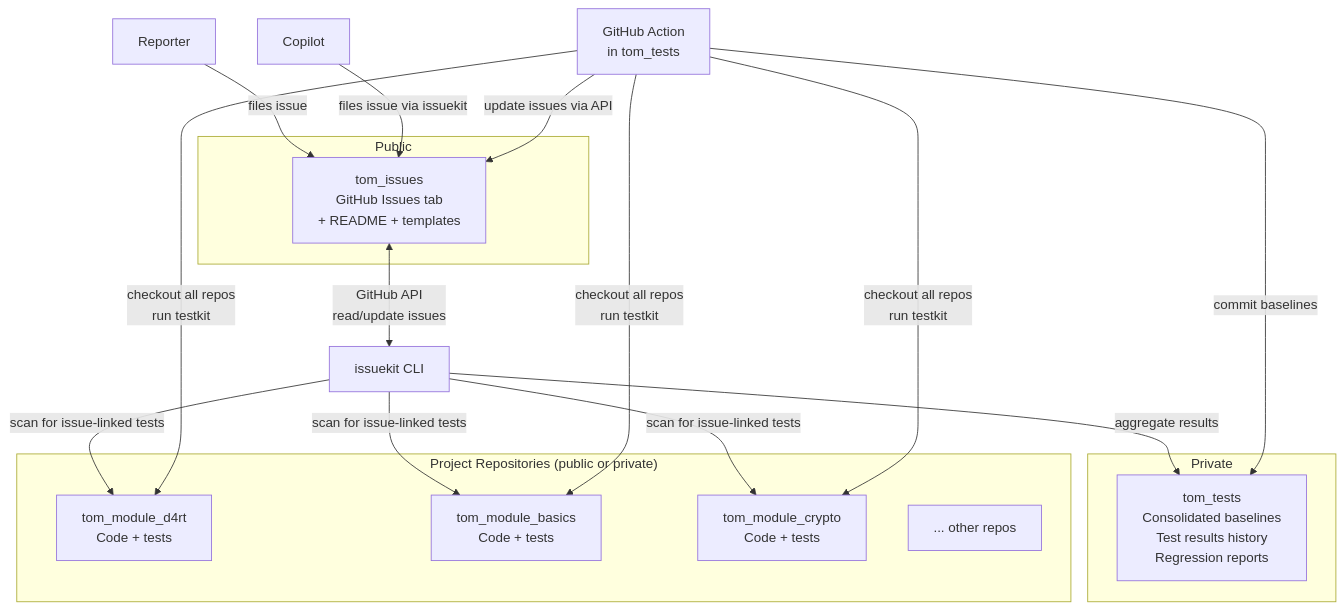
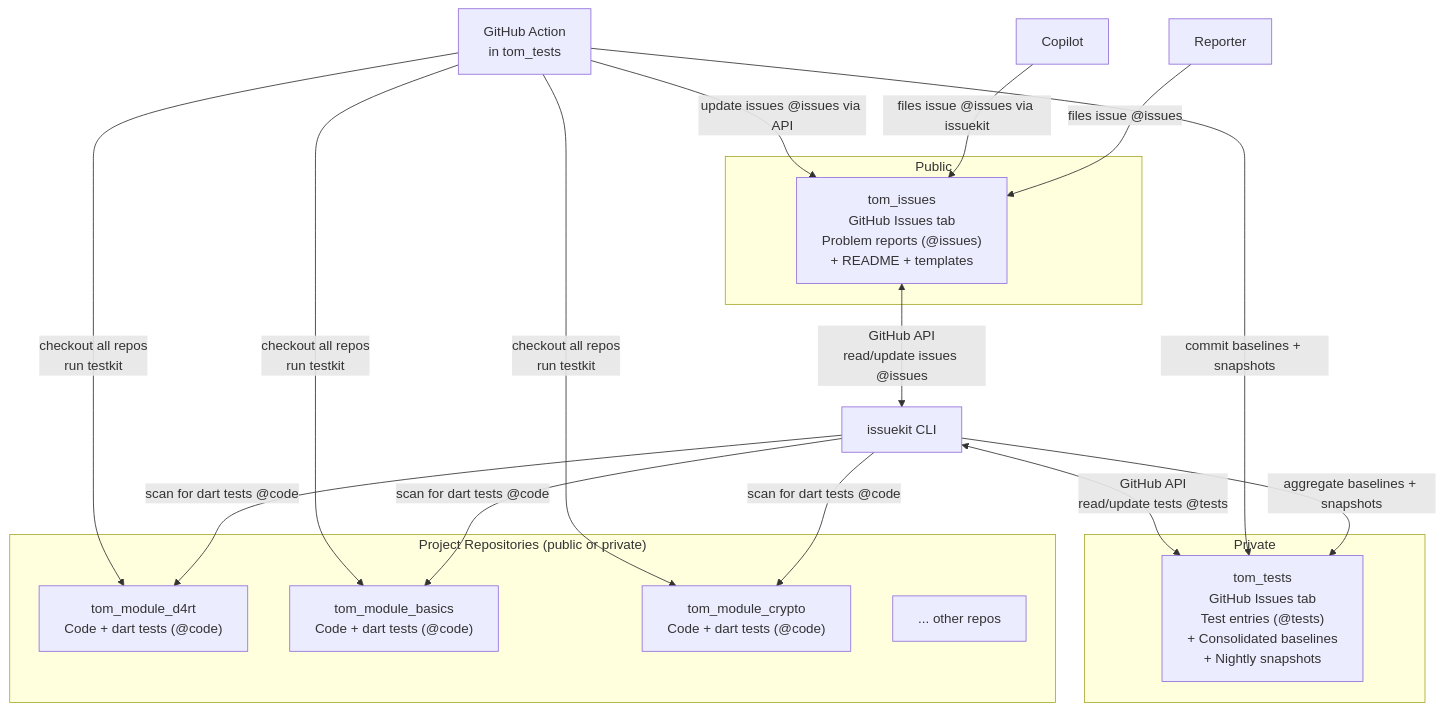
The second of 10 diagrams in tom_issue_kit/doc/issue_tracking.md (al-the-bear/tom_module_basics), drawn with Mermaid before and after one commit. The commit also changed other lines of this file and 1 other file, not shown here.

First line of the commit message:
docs: architectural redesign — two issue trackers, @issues/@tests/@code terminology, nightly backup

````diff
--- a/tom_issue_kit/doc/issue_tracking.md
+++ b/tom_issue_kit/doc/issue_tracking.md
@@ -75,34 +122,35 @@
 ```mermaid
 graph TB
     subgraph "Public"
-        TI["tom_issues<br/>GitHub Issues tab<br/>+ README + templates"]
+        TI["tom_issues<br/>GitHub Issues tab<br/>Problem reports (@issues)<br/>+ README + templates"]
     end
 
     subgraph "Private"
-        TT["tom_tests<br/>Consolidated baselines<br/>Test results history<br/>Regression reports"]
+        TT["tom_tests<br/>GitHub Issues tab<br/>Test entries (@tests)<br/>+ Consolidated baselines<br/>+ Nightly snapshots"]
     end
 
     subgraph "Project Repositories (public or private)"
-        P1["tom_module_d4rt<br/>Code + tests"]
-        P2["tom_module_basics<br/>Code + tests"]
-        P3["tom_module_crypto<br/>Code + tests"]
+        P1["tom_module_d4rt<br/>Code + dart tests (@code)"]
+        P2["tom_module_basics<br/>Code + dart tests (@code)"]
+        P3["tom_module_crypto<br/>Code + dart tests (@code)"]
         PN["... other repos"]
     end
 
-    Reporter -->|files issue| TI
-    Copilot -->|"files issue via issuekit"| TI
+    Reporter -->|files issue @issues| TI
+    Copilot -->|"files issue @issues via issuekit"| TI
 
     IK["issuekit CLI"]
 
-    TI <-->|"GitHub API<br/>read/update issues"| IK
-    IK -->|"scan for issue-linked tests"| P1
-    IK -->|"scan for issue-linked tests"| P2
-    IK -->|"scan for issue-linked tests"| P3
-    IK -->|aggregate results| TT
+    TI <-->|"GitHub API<br/>read/update issues @issues"| IK
+    TT <-->|"GitHub API<br/>read/update tests @tests"| IK
+    IK -->|"scan for dart tests @code"| P1
+    IK -->|"scan for dart tests @code"| P2
+    IK -->|"scan for dart tests @code"| P3
+    IK -->|aggregate baselines + snapshots| TT
 
     GA["GitHub Action<br/>in tom_tests"] -->|"checkout all repos<br/>run testkit"| P1
     GA -->|"checkout all repos<br/>run testkit"| P2
     GA -->|"checkout all repos<br/>run testkit"| P3
-    GA -->|commit baselines| TT
-    GA -->|"update issues via API"| TI
+    GA -->|commit baselines + snapshots| TT
+    GA -->|"update issues @issues via API"| TI
 ```
````
